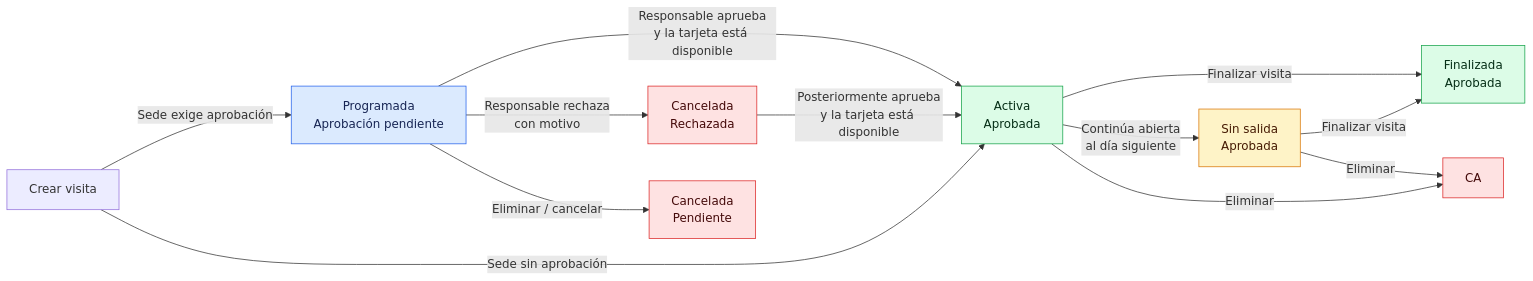
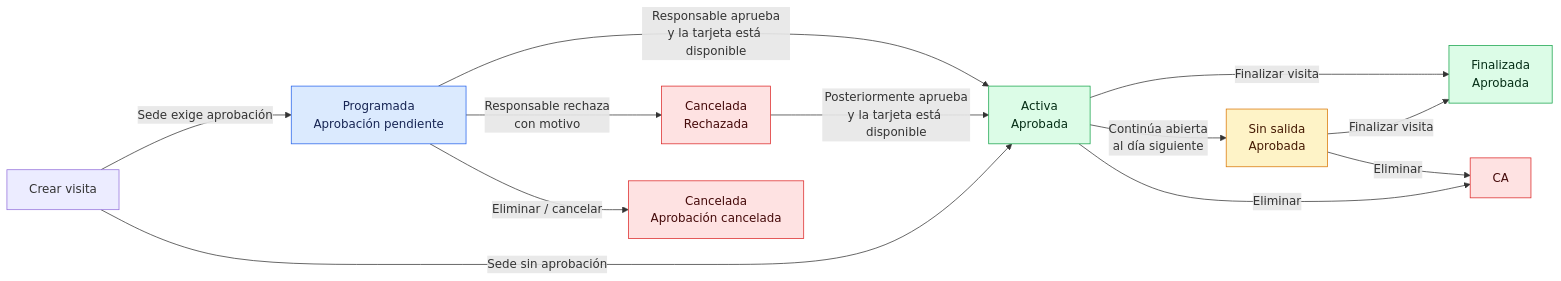
Before and after one commit to mschuf/porteria_back: the first of 9 diagrams in documentacion/ciclo-de-vida-visitas.md, drawn with Mermaid. The commit also changed other lines of this file and 13 other files, not shown here.

````diff
--- a/documentacion/ciclo-de-vida-visitas.md
+++ b/documentacion/ciclo-de-vida-visitas.md
@@ -20,23 +20,23 @@
 ```mermaid
 flowchart LR
     CREAR[Crear visita] -->|Sede exige aprobación| PP[Programada<br/>Aprobación pendiente]
     CREAR -->|Sede sin aprobación| AA
     PP -->|Responsable aprueba<br/>y la tarjeta está disponible| AA[Activa<br/>Aprobada]
     PP -->|Responsable rechaza<br/>con motivo| CR[Cancelada<br/>Rechazada]
     CR -->|Posteriormente aprueba<br/>y la tarjeta está disponible| AA
     AA -->|Finalizar visita| FA[Finalizada<br/>Aprobada]
     AA -->|Continúa abierta<br/>al día siguiente| SS[Sin salida<br/>Aprobada]
     SS -->|Finalizar visita| FA
-    PP -->|Eliminar / cancelar| CP[Cancelada<br/>Pendiente]
+    PP -->|Eliminar / cancelar| CP[Cancelada<br/>Aprobación cancelada]
     AA -->|Eliminar| CA
     SS -->|Eliminar| CA
 
     classDef initial fill:#dbeafe,stroke:#2563eb,color:#172554;
     classDef success fill:#dcfce7,stroke:#16a34a,color:#052e16;
     classDef warning fill:#fef3c7,stroke:#d97706,color:#451a03;
     classDef danger fill:#fee2e2,stroke:#dc2626,color:#450a0a;
     class PP initial;
     class AA,FA success;
     class SS warning;
     class CR,CP,CA danger;
 ```
````
